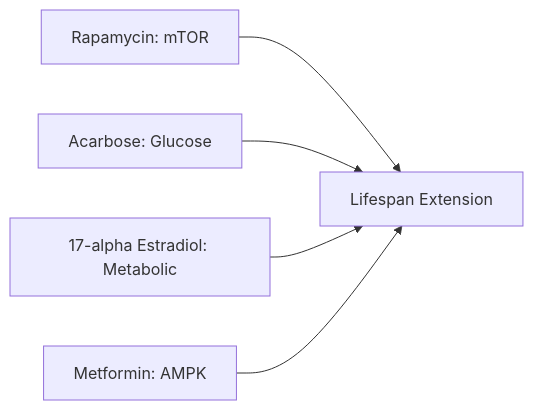
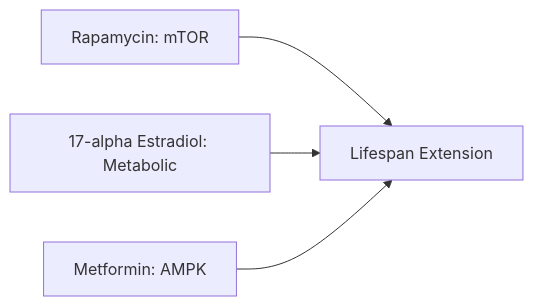
Before and after one commit to 199-biotechnologies/199-peptides: the third of 8 diagrams in protocols/prometheus-protocol.md, drawn with Mermaid. The commit also changed other lines of this file and 2 other files, not shown here.

````diff
--- a/protocols/prometheus-protocol.md
+++ b/protocols/prometheus-protocol.md
@@ -129,7 +127,6 @@
 ```mermaid
 flowchart LR
     RAPA[Rapamycin: mTOR] --> L[Lifespan Extension]
-    ACAR[Acarbose: Glucose] --> L
     E17A[17-alpha Estradiol: Metabolic] --> L
     MET[Metformin: AMPK] --> L
 ```
````
